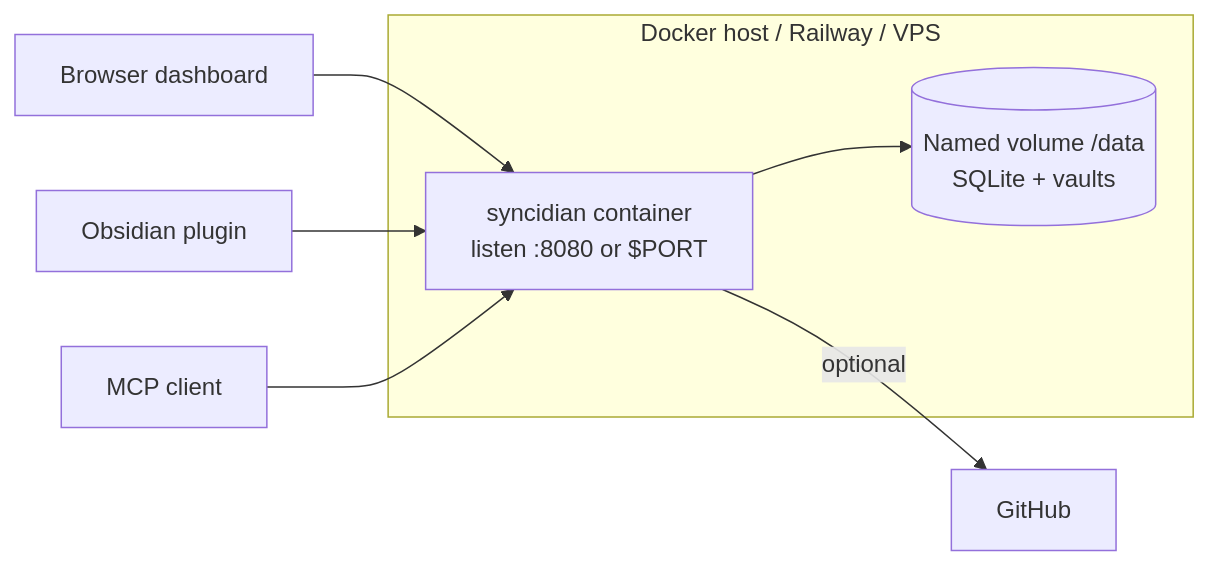
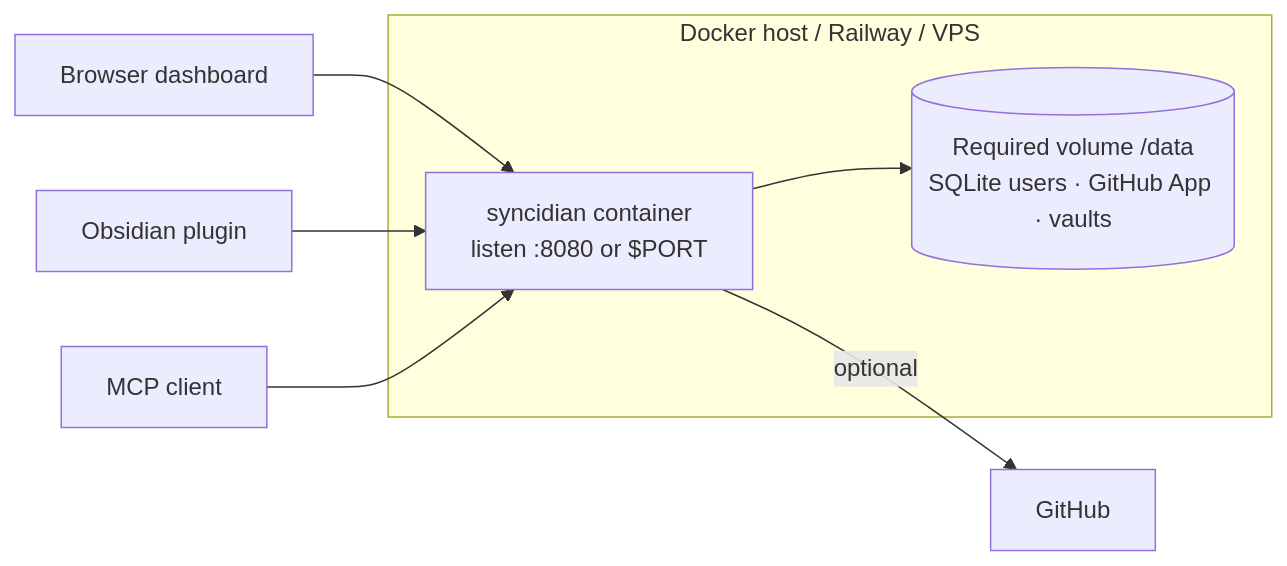
Before and after one commit to shangeethsivan/Syncidian: diagram 13 of 13 in docs/architecture.md, drawn with Mermaid. The commit also changed other lines of this file and 17 other files, not shown here.

First line of the commit message:
Persist users, GitHub App, and vaults across deploys

````diff
--- a/docs/architecture.md
+++ b/docs/architecture.md
@@ -456,13 +456,13 @@
 ```mermaid
 flowchart LR
   subgraph host [Docker host / Railway / VPS]
     C["syncidian container<br/>listen :8080 or $PORT"]
-    V[("Named volume /data<br/>SQLite + vaults")]
+    V[("Required volume /data<br/>SQLite users · GitHub App · vaults")]
     C --> V
   end
 
   Browser["Browser dashboard"] --> C
   Plugin["Obsidian plugin"] --> C
   MCP["MCP client"] --> C
   C -->|"optional"| GH["GitHub"]
 ```
````
